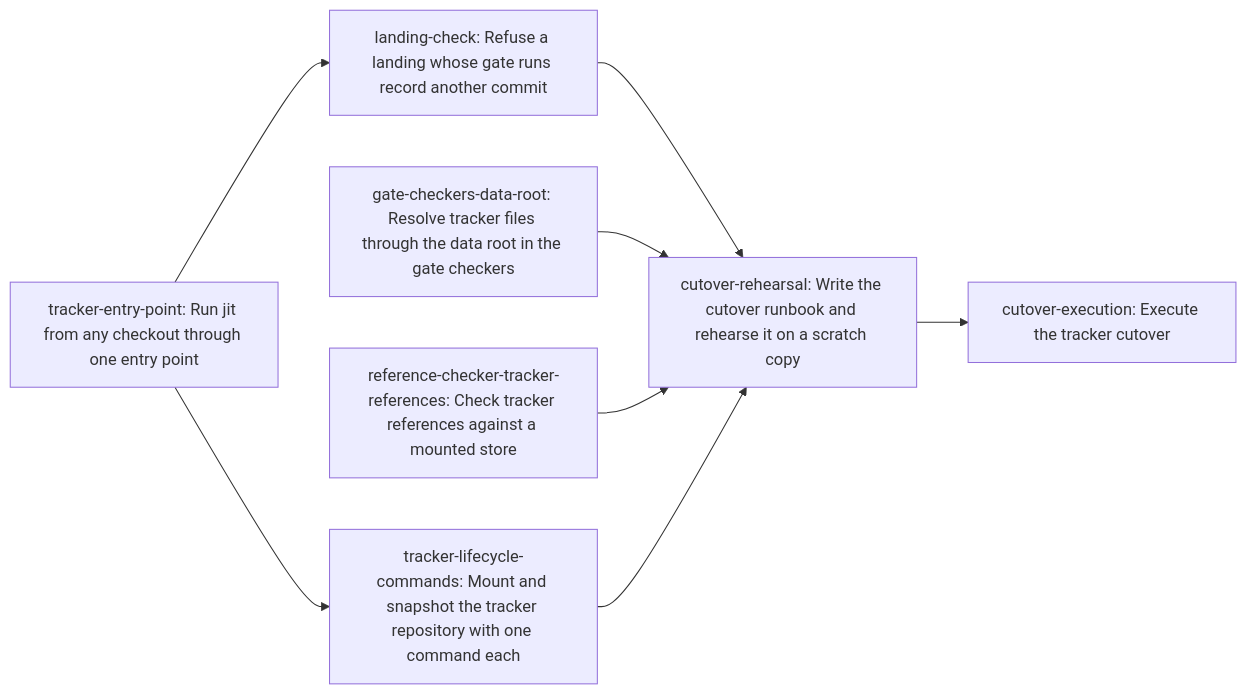
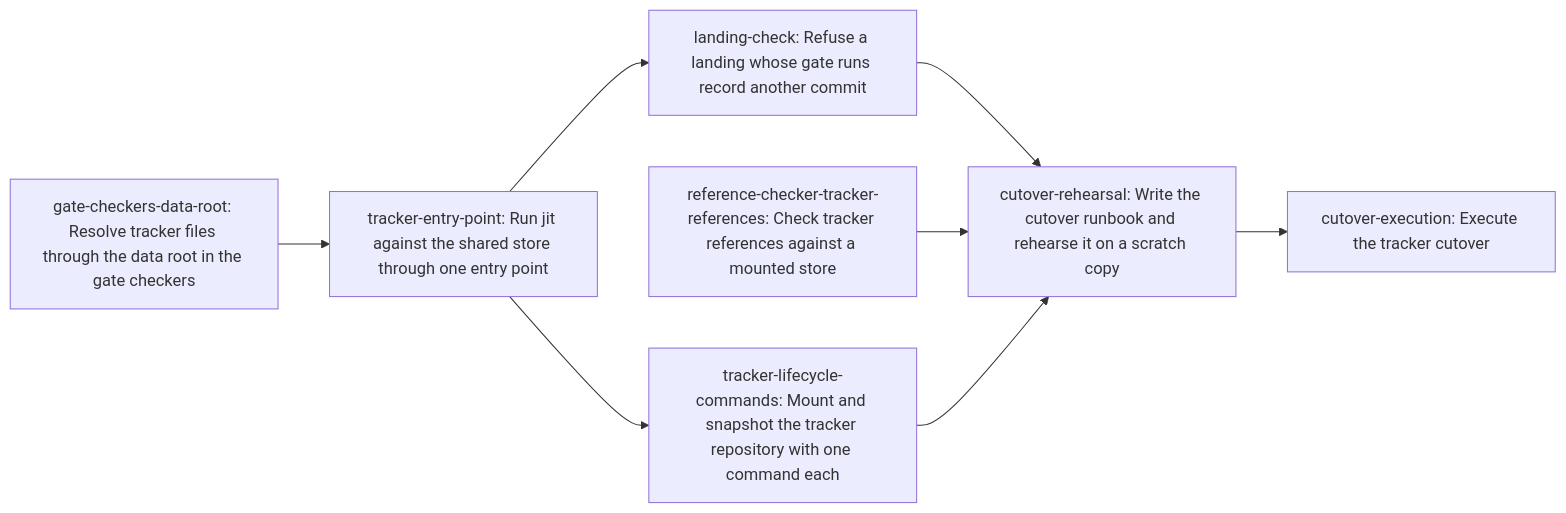
Before and after one commit to erankavija/gf2: the diagram in dev/active/6ba9be17-tracker-repository/plan.md, drawn with Mermaid. The commit also changed other lines of this file and 2 other files, not shown here.

Commit message:
docs(jit:6ba9be17): revise the cutover plan after adversarial review

````diff
--- a/dev/active/6ba9be17-tracker-repository/plan.md
+++ b/dev/active/6ba9be17-tracker-repository/plan.md
@@ -102,17 +119,17 @@
 ```mermaid
 flowchart LR
-    N0["tracker-entry-point: Run jit from any checkout through one entry point"]
-    N1["landing-check: Refuse a landing whose gate runs record another commit"]
-    N2["gate-checkers-data-root: Resolve tracker files through the data root in the gate checkers"]
+    N0["gate-checkers-data-root: Resolve tracker files through the data root in the gate checkers"]
+    N1["tracker-entry-point: Run jit against the shared store through one entry point"]
+    N2["landing-check: Refuse a landing whose gate runs record another commit"]
     N3["reference-checker-tracker-references: Check tracker references against a mounted store"]
     N4["tracker-lifecycle-commands: Mount and snapshot the tracker repository with one command each"]
     N5["cutover-rehearsal: Write the cutover runbook and rehearse it on a scratch copy"]
     N6["cutover-execution: Execute the tracker cutover"]
     N0 --> N1
-    N0 --> N4
-    N1 --> N5
+    N1 --> N2
+    N1 --> N4
     N2 --> N5
     N3 --> N5
     N4 --> N5
     N5 --> N6
 ```
````
